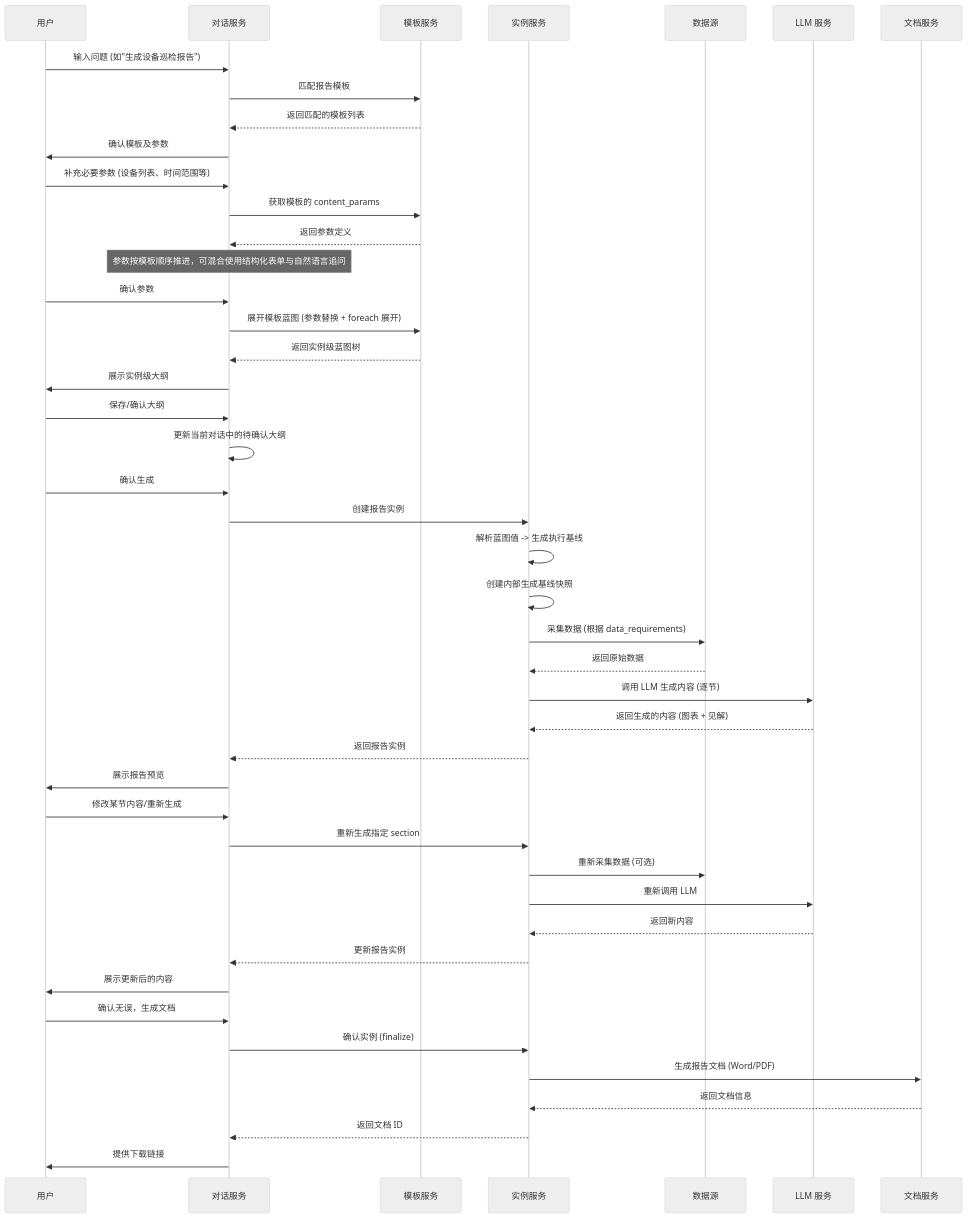
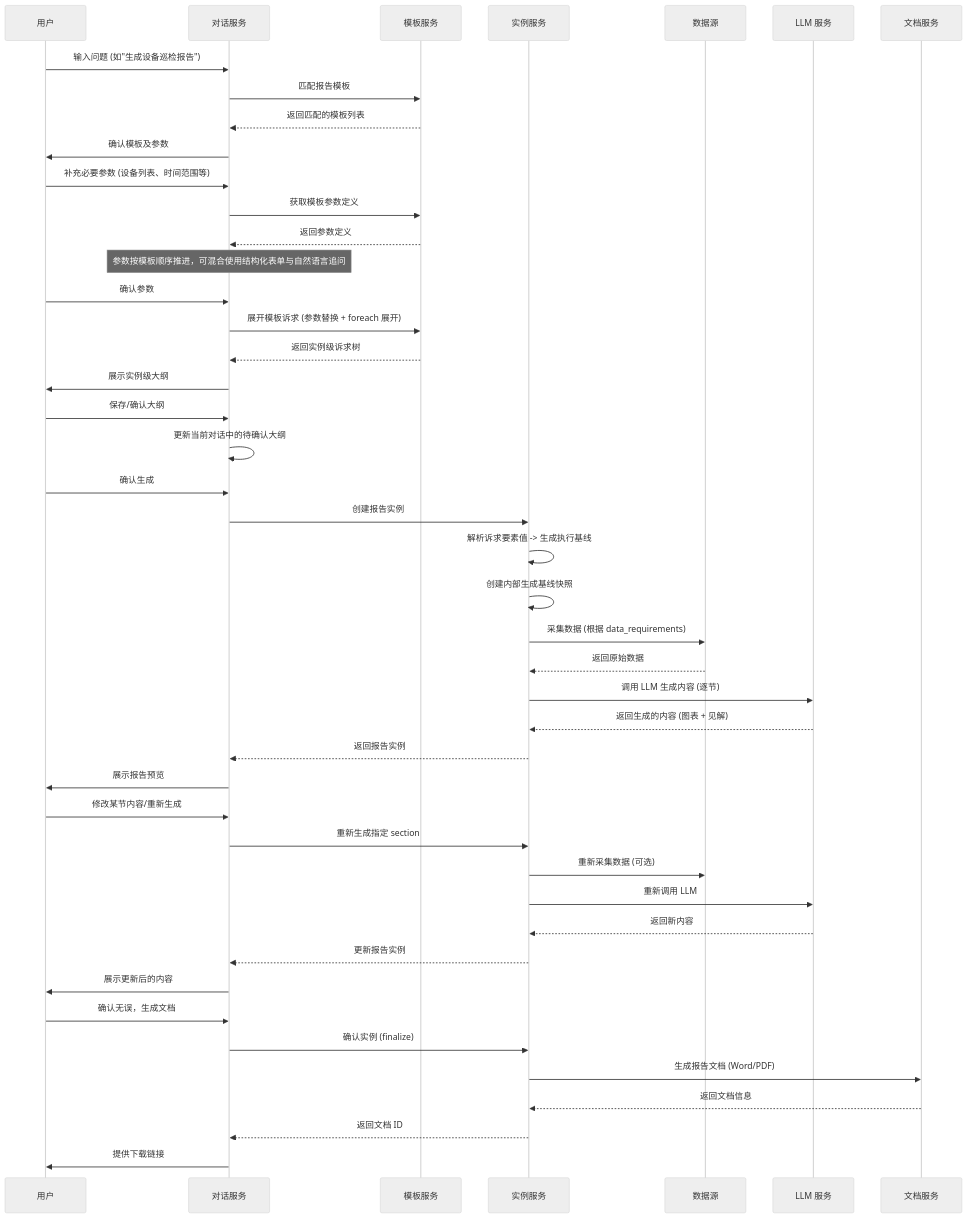
Before and after one commit to shel447/ReportSystem: the second of 6 diagrams in design/design.md, drawn with Mermaid (neutral theme). The commit also changed other lines of this file and 10 other files, not shown here.

````diff
--- a/design/design.md
+++ b/design/design.md
@@ -133,59 +133,59 @@
 ```mermaid
 sequenceDiagram
     participant User as 用户
     participant Chat as 对话服务
     participant Template as 模板服务
     participant Instance as 实例服务
     participant Data as 数据源
     participant LLM as LLM 服务
     participant Doc as 文档服务
 
     %% 阶段 1: 模板匹配
     User->>Chat: 输入问题 (如"生成设备巡检报告")
     Chat->>Template: 匹配报告模板
     Template-->>Chat: 返回匹配的模板列表
     Chat->>User: 确认模板及参数
 
     %% 阶段 2: 参数收集
     User->>Chat: 补充必要参数 (设备列表、时间范围等)
-    Chat->>Template: 获取模板的 content_params
+    Chat->>Template: 获取模板参数定义
     Template-->>Chat: 返回参数定义
     Note over Chat: 参数按模板顺序推进，可混合使用结构化表单与自然语言追问
 
-    %% 阶段 3: 蓝图实例化与大纲确认
+    %% 阶段 3: 诉求实例化与大纲确认
     User->>Chat: 确认参数
-    Chat->>Template: 展开模板蓝图 (参数替换 + foreach 展开)
-    Template-->>Chat: 返回实例级蓝图树
+    Chat->>Template: 展开模板诉求 (参数替换 + foreach 展开)
+    Template-->>Chat: 返回实例级诉求树
     Chat->>User: 展示实例级大纲
     User->>Chat: 保存/确认大纲
     Chat->>Chat: 更新当前对话中的待确认大纲
 
     %% 阶段 4: 生成报告实例
     User->>Chat: 确认生成
     Chat->>Instance: 创建报告实例
-    Instance->>Instance: 解析蓝图值 -> 生成执行基线
+    Instance->>Instance: 解析诉求要素值 -> 生成执行基线
     Instance->>Instance: 创建内部生成基线快照
     Instance->>Data: 采集数据 (根据 data_requirements)
     Data-->>Instance: 返回原始数据
     Instance->>LLM: 调用 LLM 生成内容 (逐节)
     LLM-->>Instance: 返回生成的内容 (图表 + 见解)
     Instance-->>Chat: 返回报告实例
     Chat->>User: 展示报告预览
 
     %% 阶段 5: 修改与重新生成
     User->>Chat: 修改某节内容/重新生成
     Chat->>Instance: 重新生成指定 section
     Instance->>Data: 重新采集数据 (可选)
     Instance->>LLM: 重新调用 LLM
     LLM-->>Instance: 返回新内容
     Instance-->>Chat: 更新报告实例
     Chat->>User: 展示更新后的内容
 
     %% 阶段 6: 生成文档
     User->>Chat: 确认无误，生成文档
     Chat->>Instance: 确认实例 (finalize)
     Instance->>Doc: 生成报告文档 (Word/PDF)
     Doc-->>Instance: 返回文档信息
     Instance-->>Chat: 返回文档 ID
     Chat->>User: 提供下载链接
 ```
````
